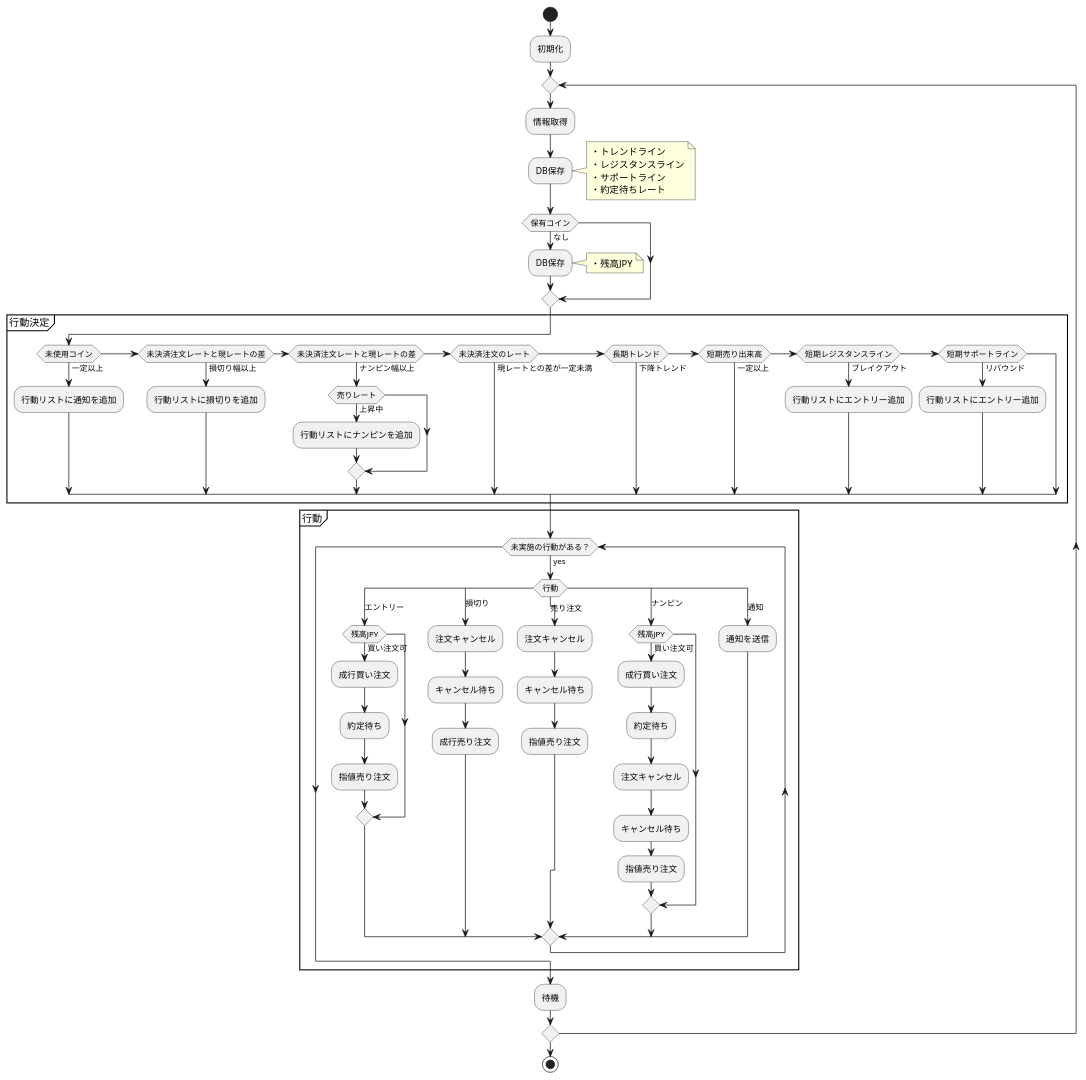
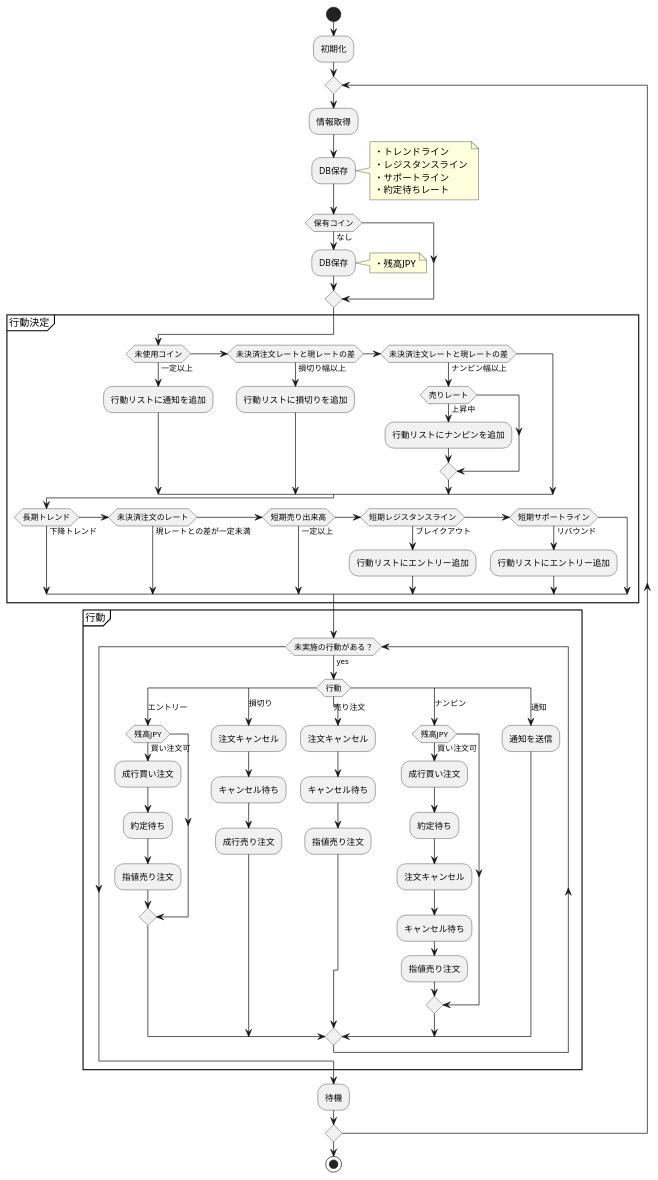
Before and after one commit to canpok1/trading-bot-rust: the diagram in docs/bot.plantuml, drawn with PlantUML. The commit also changed 1 other file, not shown here.

```diff
--- a/docs/bot.plantuml
+++ b/docs/bot.plantuml
@@ -1,78 +1,80 @@
 @startuml trading-bot-rust
 start
 
 :初期化;
 
 repeat
     :情報取得;
 
     :DB保存;
     note right
         ・トレンドライン
         ・レジスタンスライン
         ・サポートライン
         ・約定待ちレート
     end note
 
     if (保有コイン) then (なし)
         :DB保存;
         note right
             ・残高JPY
         end note
     endif
 
     partition 行動決定 {
         if (未使用コイン) then (一定以上)
             :行動リストに通知を追加;
         elseif (未決済注文レートと現レートの差) then (損切り幅以上)
             :行動リストに損切りを追加;
         elseif (未決済注文レートと現レートの差) then (ナンピン幅以上)
             if (売りレート) then (上昇中)
                 :行動リストにナンピンを追加;
             endif
+        endif
+
+        if (長期トレンド) then (下降トレンド)
         elseif (未決済注文のレート) then (現レートとの差が一定未満)
-        elseif (長期トレンド) then (下降トレンド)
         elseif (短期売り出来高) then (一定以上)
         elseif (短期レジスタンスライン) then (ブレイクアウト)
             :行動リストにエントリー追加;
         elseif (短期サポートライン) then (リバウンド)
             :行動リストにエントリー追加;
         endif
     }
 
     partition 行動 {
         while (未実施の行動がある？) is (yes)
             switch (行動)
             case (エントリー)
                 if (残高JPY) then (買い注文可)
                     :成行買い注文;
                     :約定待ち;
                     :指値売り注文;
                 endif
             case (損切り)
                 :注文キャンセル;
                 :キャンセル待ち;
                 :成行売り注文;
             case (売り注文)
                 :注文キャンセル;
                 :キャンセル待ち;
                 :指値売り注文;
             case (ナンピン)
                 if (残高JPY) then (買い注文可)
                     :成行買い注文;
                     :約定待ち;
                     :注文キャンセル;
                     :キャンセル待ち;
                     :指値売り注文;
                 endif
             case (通知)
                 :通知を送信;
             endswitch
         endwhile
     }
 
     :待機;
 repeat while
 
 stop
 @enduml
```
